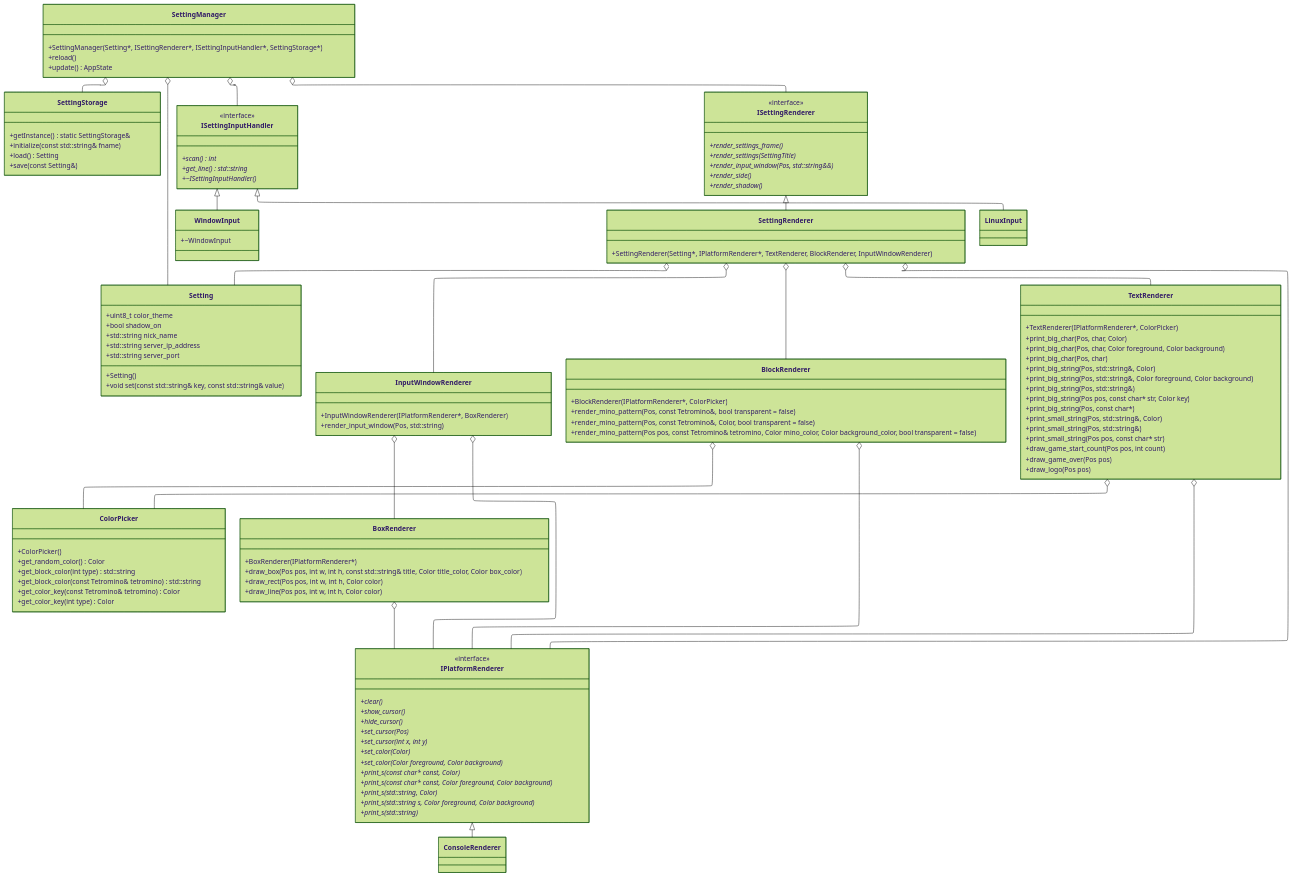
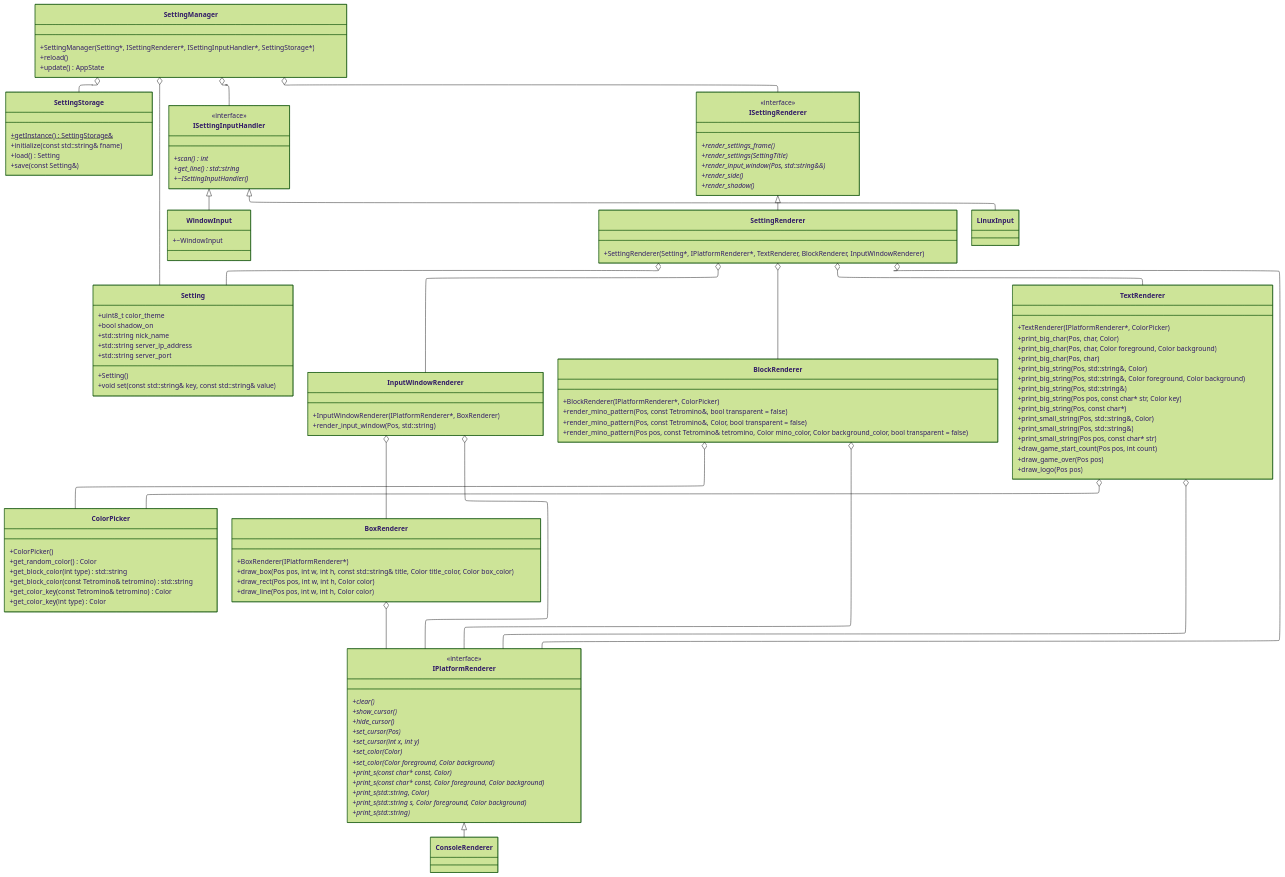
One commit to ggstone0523/tetrisDocs changed the diagram in 클래스 다이어그램/세팅/세팅 스크립트.mmd. Above: the diagram before and after it, drawn with Mermaid (forest theme). The commit also changed 1 other file, not shown here.

Commit message:
[Fix] Change description of static method

```diff
--- a/클래스 다이어그램/세팅/세팅 스크립트.mmd
+++ b/클래스 다이어그램/세팅/세팅 스크립트.mmd
@@ -1,144 +1,144 @@
 ---
 config:
   layout: elk
 ---
 classDiagram
 direction TB
     class SettingManager {
         +SettingManager(Setting*, ISettingRenderer*, ISettingInputHandler*, SettingStorage*)
         +reload()
         +update() AppState
     }
 
     class Setting {
         +Setting()
         +uint8_t color_theme
         +bool shadow_on
         +std::string nick_name
         +std::string server_ip_address
         +std::string server_port
         +void set(const std::string& key, const std::string& value)
     }
 
     class SettingStorage {
-        +getInstance() static SettingStorage& 
+        +getInstance() SettingStorage&$ 
         +initialize(const std::string& fname)
         +load() Setting
         +save(const Setting&)
     }
 
     class ISettingInputHandler {
         +scan() int*
         +get_line() std::string*
         +~ISettingInputHandler() *
     }
 
     class WindowInput {
         +~WindowInput
     }
 
     class ISettingRenderer {
         +render_settings_frame()*
         +render_settings(SettingTitle)*
         +render_input_window(Pos, std::string&&)*
         +render_side()*
         +render_shadow()*
     }
 
     class SettingRenderer {
         +SettingRenderer(Setting*, IPlatformRenderer*, TextRenderer, BlockRenderer, InputWindowRenderer)
     }
 
     class InputWindowRenderer {
         +InputWindowRenderer(IPlatformRenderer*, BoxRenderer)
         +render_input_window(Pos, std::string)
     }
 
     class BlockRenderer {
         +BlockRenderer(IPlatformRenderer*, ColorPicker)
         +render_mino_pattern(Pos, const Tetromino&, bool transparent = false)
         +render_mino_pattern(Pos, const Tetromino&, Color, bool transparent = false)
         +render_mino_pattern(Pos pos, const Tetromino& tetromino, Color mino_color, Color background_color, bool transparent = false)   
     }
 
     class ColorPicker {
         +ColorPicker()
         +get_random_color() Color
         +get_block_color(int type) std::string
         +get_block_color(const Tetromino& tetromino) std::string
         +get_color_key(const Tetromino& tetromino) Color
         +get_color_key(int type) Color
     }
 
     class TextRenderer {
         +TextRenderer(IPlatformRenderer*, ColorPicker)
         +print_big_char(Pos, char, Color)
         +print_big_char(Pos, char, Color foreground, Color background)
         +print_big_char(Pos, char)
         +print_big_string(Pos, std::string&, Color)
         +print_big_string(Pos, std::string&, Color foreground, Color background)
         +print_big_string(Pos, std::string&)
         +print_big_string(Pos pos, const char* str, Color key)
         +print_big_string(Pos, const char*)
         +print_small_string(Pos, std::string&, Color)
         +print_small_string(Pos, std::string&)
         +print_small_string(Pos pos, const char* str)
         +draw_game_start_count(Pos pos, int count)
         +draw_game_over(Pos pos)
         +draw_logo(Pos pos)
     }
 
     class BoxRenderer {
         +BoxRenderer(IPlatformRenderer*)
         +draw_box(Pos pos, int w, int h, const std::string& title, Color title_color, Color box_color)
         +draw_rect(Pos pos, int w, int h, Color color)
         +draw_line(Pos pos, int w, int h, Color color)
     }
 
     class IPlatformRenderer {
         +clear()*
         +show_cursor()*
         +hide_cursor()*
         +set_cursor(Pos)*
         +set_cursor(int x, int y)*
         +set_color(Color)*
         +set_color(Color foreground, Color background)*
         +print_s(const char* const, Color)*
         +print_s(const char* const, Color foreground, Color background)*
         +print_s(std::string, Color)*
         +print_s(std::string s, Color foreground, Color background)*
         +print_s(std::string)*
     }
 
     <<interface>> ISettingInputHandler
     <<interface>> ISettingRenderer
     <<interface>> IPlatformRenderer
 
     SettingManager o-- Setting
     SettingManager o-- ISettingInputHandler
     SettingManager o-- ISettingRenderer
     SettingManager o-- SettingStorage
 
     ISettingInputHandler <|-- LinuxInput
     ISettingInputHandler <|-- WindowInput 
 
     ISettingRenderer <|-- SettingRenderer
 
     SettingRenderer o-- Setting
     SettingRenderer o-- IPlatformRenderer
     SettingRenderer o-- TextRenderer 
     SettingRenderer o-- BlockRenderer 
     SettingRenderer o-- InputWindowRenderer 
 
     InputWindowRenderer o-- IPlatformRenderer
     InputWindowRenderer o-- BoxRenderer 
 
     IPlatformRenderer <|-- ConsoleRenderer 
 
     BlockRenderer o-- IPlatformRenderer
     BlockRenderer o-- ColorPicker
 
     TextRenderer o-- IPlatformRenderer
     TextRenderer o-- ColorPicker
 
     BoxRenderer o-- IPlatformRenderer
```
